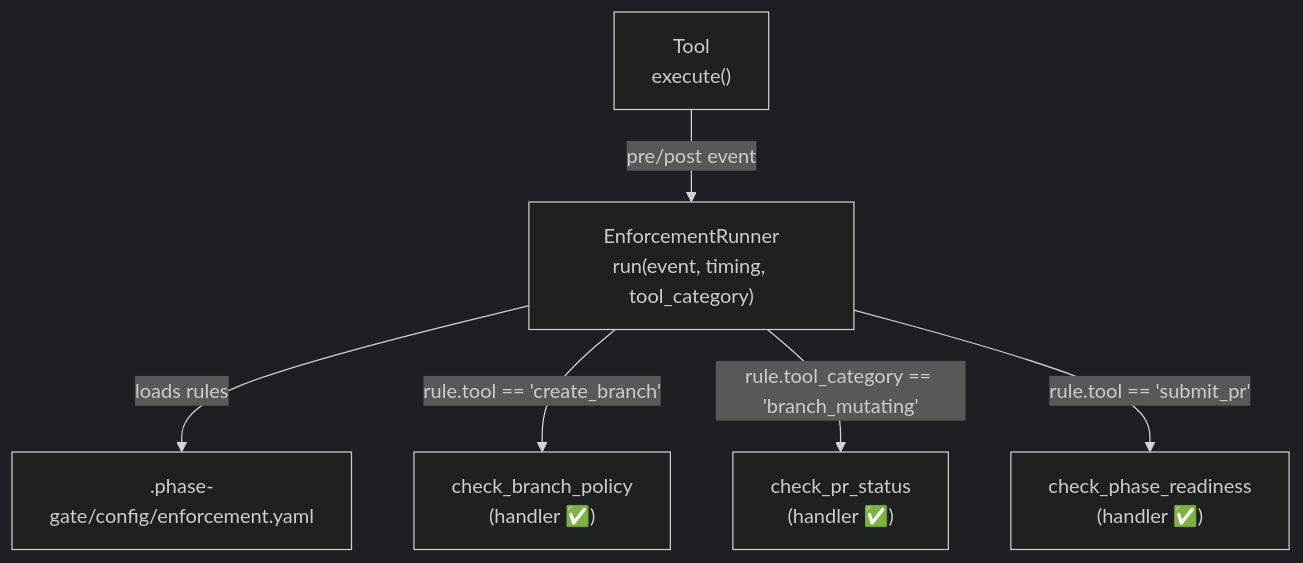
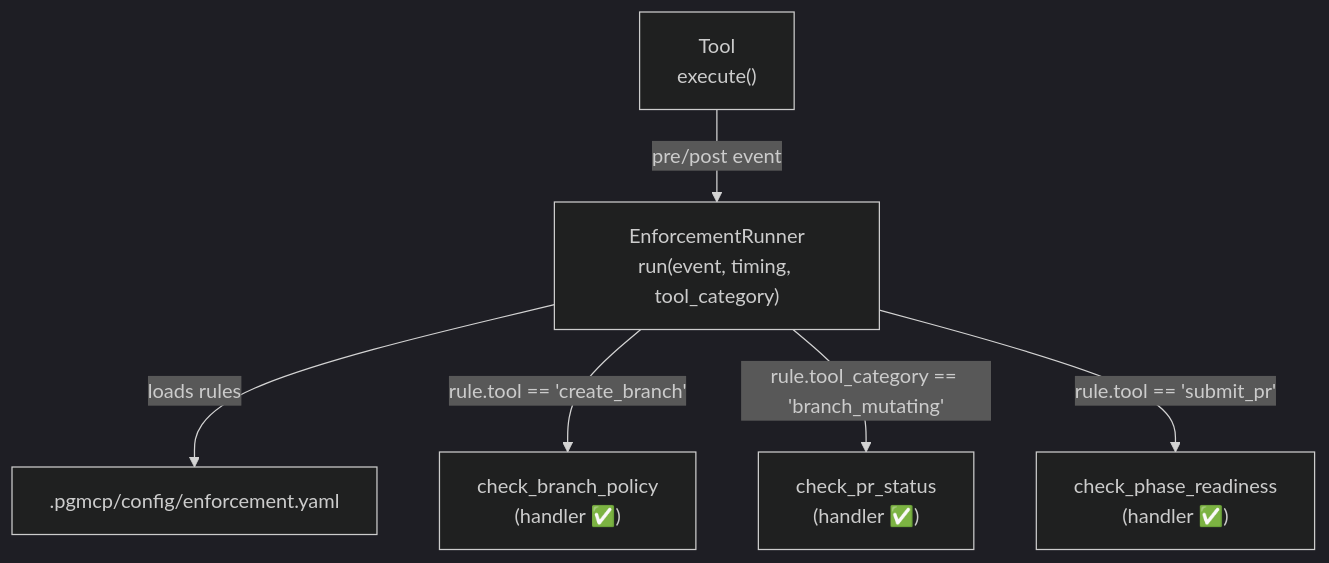
One commit to MikeyVK/phase-gate-mcp changed the first of 4 diagrams in docs/manuals/architectural_diagrams/04_enforcement_layer.md. Above: the diagram before and after it, drawn with Mermaid (dark theme). The commit also changed other lines of this file and 15 other files, not shown here.

````diff
--- a/docs/manuals/architectural_diagrams/04_enforcement_layer.md
+++ b/docs/manuals/architectural_diagrams/04_enforcement_layer.md
@@ -33,15 +33,15 @@
 ```mermaid
 graph TD
     Tool["Tool<br/>execute()"]
     ER["EnforcementRunner<br/>run(event, timing, tool_category)"]
-    YAML[".phase-gate/config/enforcement.yaml"]
+    YAML[".pgmcp/config/enforcement.yaml"]
     CBP["check_branch_policy<br/>(handler ✅)"]
     CPS["check_pr_status<br/>(handler ✅)"]
     CPR["check_phase_readiness<br/>(handler ✅)"]
 
     Tool -->|"pre/post event"| ER
     ER -->|"loads rules"| YAML
     ER -->|"rule.tool == 'create_branch'"| CBP
     ER -->|"rule.tool_category == 'branch_mutating'"| CPS
     ER -->|"rule.tool == 'submit_pr'"| CPR
 ```
````
